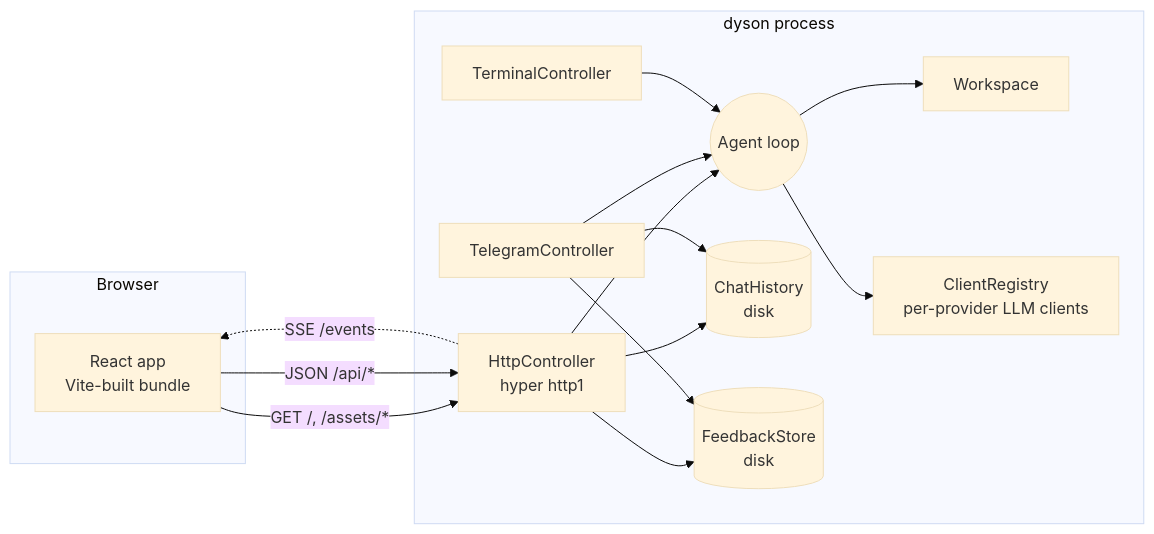
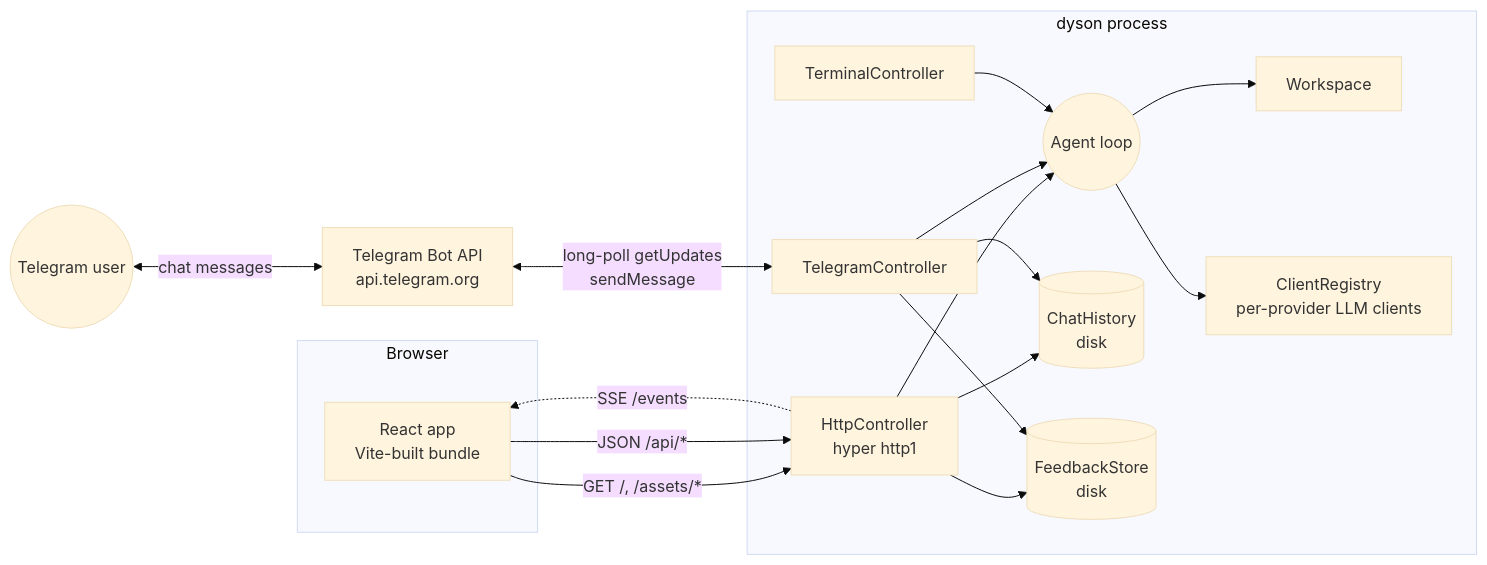
The first of 5 diagrams in docs/web.md (JonCooperWorks/dyson), drawn with Mermaid (base theme) before and after one commit.

Commit message:
docs(web): show telegram user + bot API in arch diagram
Make the data flow obvious: user ↔ Telegram Bot API ↔ TelegramController
(long-poll getUpdates / sendMessage), so the diagram explains how a
Telegram-originated chat reaches the same agent loop as the web UI.

````diff
--- a/docs/web.md
+++ b/docs/web.md
@@ -25,31 +25,37 @@
 ```mermaid
 flowchart LR
   subgraph Browser
     UI["React app<br>Vite-built bundle"]
   end
+
+  TGUser(("Telegram user"))
+  TGAPI["Telegram Bot API<br>api.telegram.org"]
 
   subgraph Dyson["dyson process"]
     HC["HttpController<br>hyper http1"]
     TG[TelegramController]
     TM[TerminalController]
     AG((Agent loop))
     CH[("ChatHistory<br>disk")]
     FB[("FeedbackStore<br>disk")]
     WS[Workspace]
     REG["ClientRegistry<br>per-provider LLM clients"]
   end
 
   UI -- "GET /, /assets/*" --> HC
   UI -- "JSON /api/*" --> HC
   HC -. "SSE /events" .-> UI
 
+  TGUser <-- "chat messages" --> TGAPI
+  TGAPI <-- "long-poll getUpdates<br>sendMessage" --> TG
+
   HC --> AG
   TG --> AG
   TM --> AG
   AG --> REG
   AG --> WS
   HC --> CH
   TG --> CH
   HC --> FB
   TG --> FB
 ```
````
